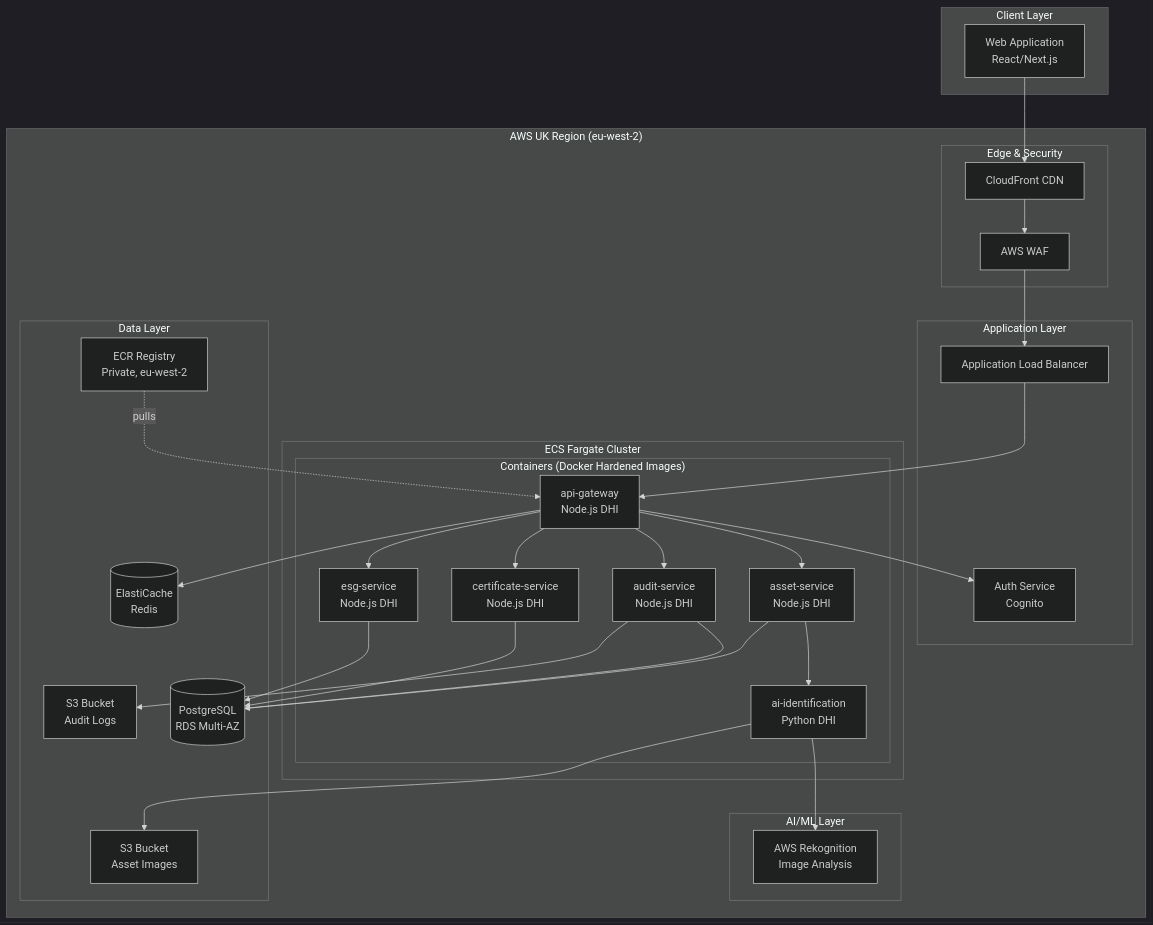
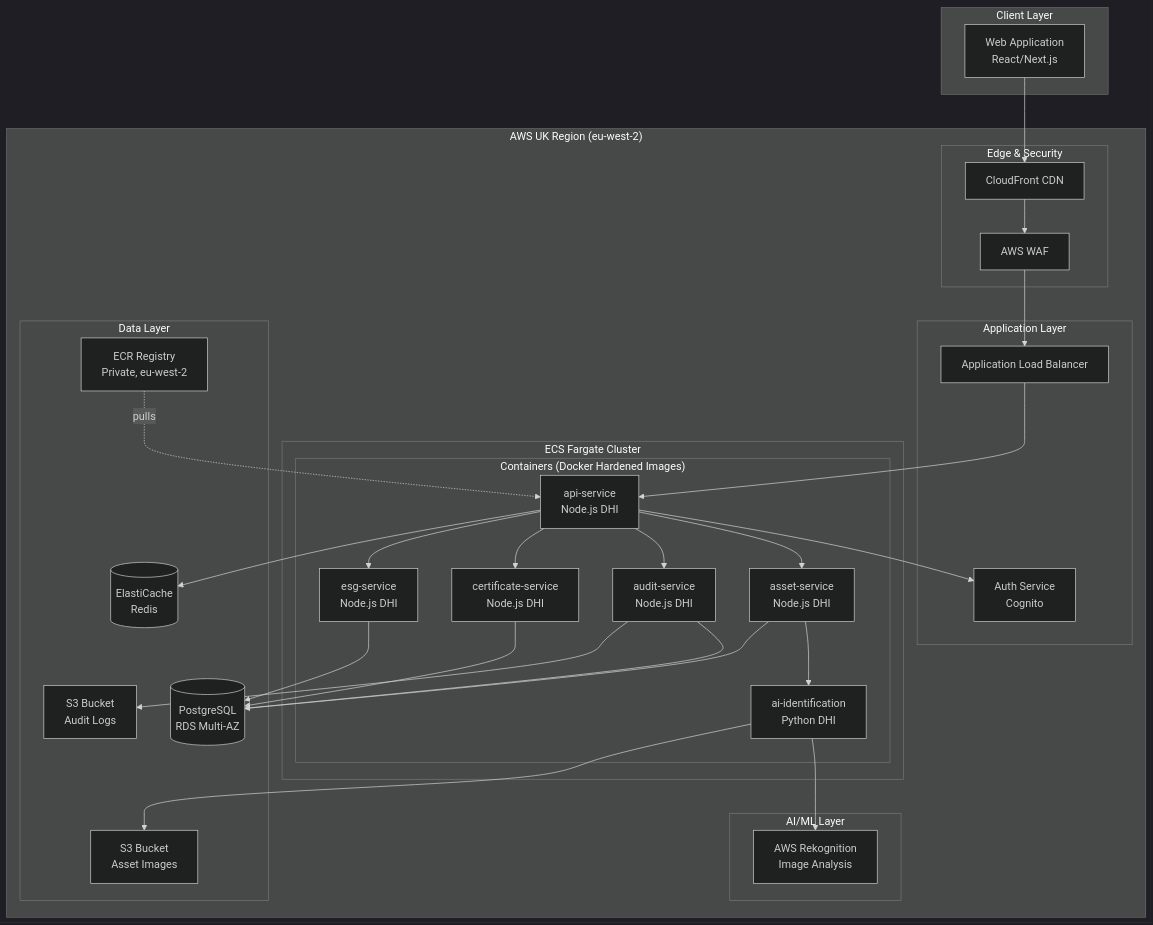
One commit to nugehs/ai-reclaim-m0 changed the first of 3 diagrams in docs/01-system-architecture/README.md. Above: the diagram before and after it, drawn with Mermaid (dark theme). The commit also changed other lines of this file and 1 other file, not shown here.

Commit message:
update api

````diff
--- a/docs/01-system-architecture/README.md
+++ b/docs/01-system-architecture/README.md
@@ -96,61 +96,61 @@
 ```mermaid
 graph TB
     subgraph "Client Layer"
         WEB[Web Application<br/>React/Next.js]
     end
 
     subgraph "AWS UK Region (eu-west-2)"
         subgraph "Edge & Security"
             CF[CloudFront CDN]
             WAF[AWS WAF]
         end
 
         subgraph "Application Layer"
             ALB[Application Load Balancer]
             AUTH[Auth Service<br/>Cognito]
         end
 
         subgraph "ECS Fargate Cluster"
             subgraph "Containers (Docker Hardened Images)"
-                API[api-gateway<br/>Node.js DHI]
+                API[api-service<br/>Node.js DHI]
                 ASSET[asset-service<br/>Node.js DHI]
                 AUDIT[audit-service<br/>Node.js DHI]
                 CERT[certificate-service<br/>Node.js DHI]
                 ESG[esg-service<br/>Node.js DHI]
                 AIID[ai-identification<br/>Python DHI]
             end
         end
 
         subgraph "AI/ML Layer"
             REKOGNITION[AWS Rekognition<br/>Image Analysis]
         end
 
         subgraph "Data Layer"
             ECR[ECR Registry<br/>Private, eu-west-2]
             RDS[(PostgreSQL<br/>RDS Multi-AZ)]
             REDIS[(ElastiCache<br/>Redis)]
             S3[S3 Bucket<br/>Asset Images]
             S3AUDIT[S3 Bucket<br/>Audit Logs]
         end
     end
 
     WEB --> CF
     CF --> WAF
     WAF --> ALB
     ALB --> API
     API --> AUTH
     API --> ASSET
     API --> AUDIT
     API --> CERT
     API --> ESG
     ASSET --> AIID
     AIID --> REKOGNITION
     AIID --> S3
     ASSET --> RDS
     AUDIT --> RDS
     AUDIT --> S3AUDIT
     CERT --> RDS
     ESG --> RDS
     API --> REDIS
     ECR -.->|pulls| API
 ```
````
